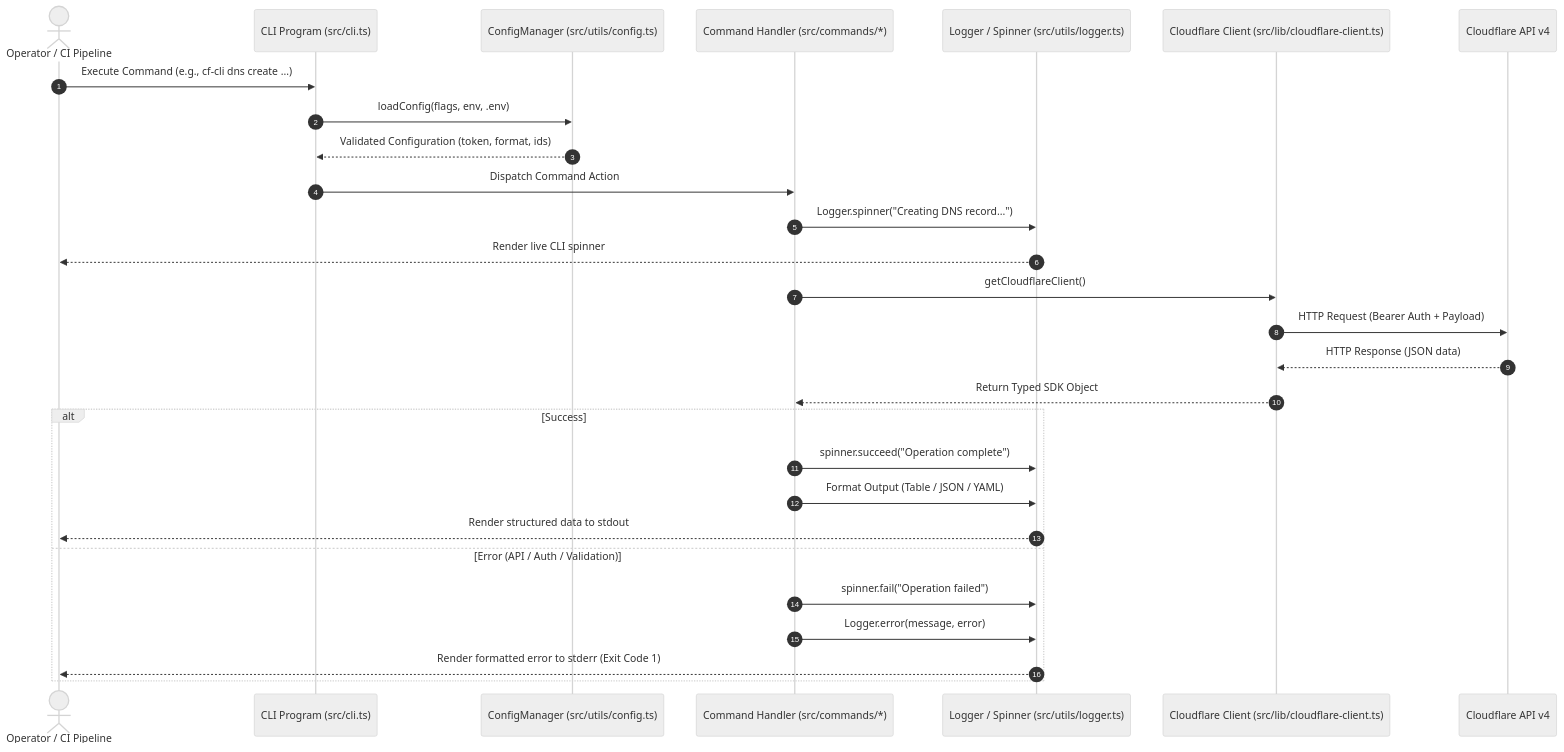
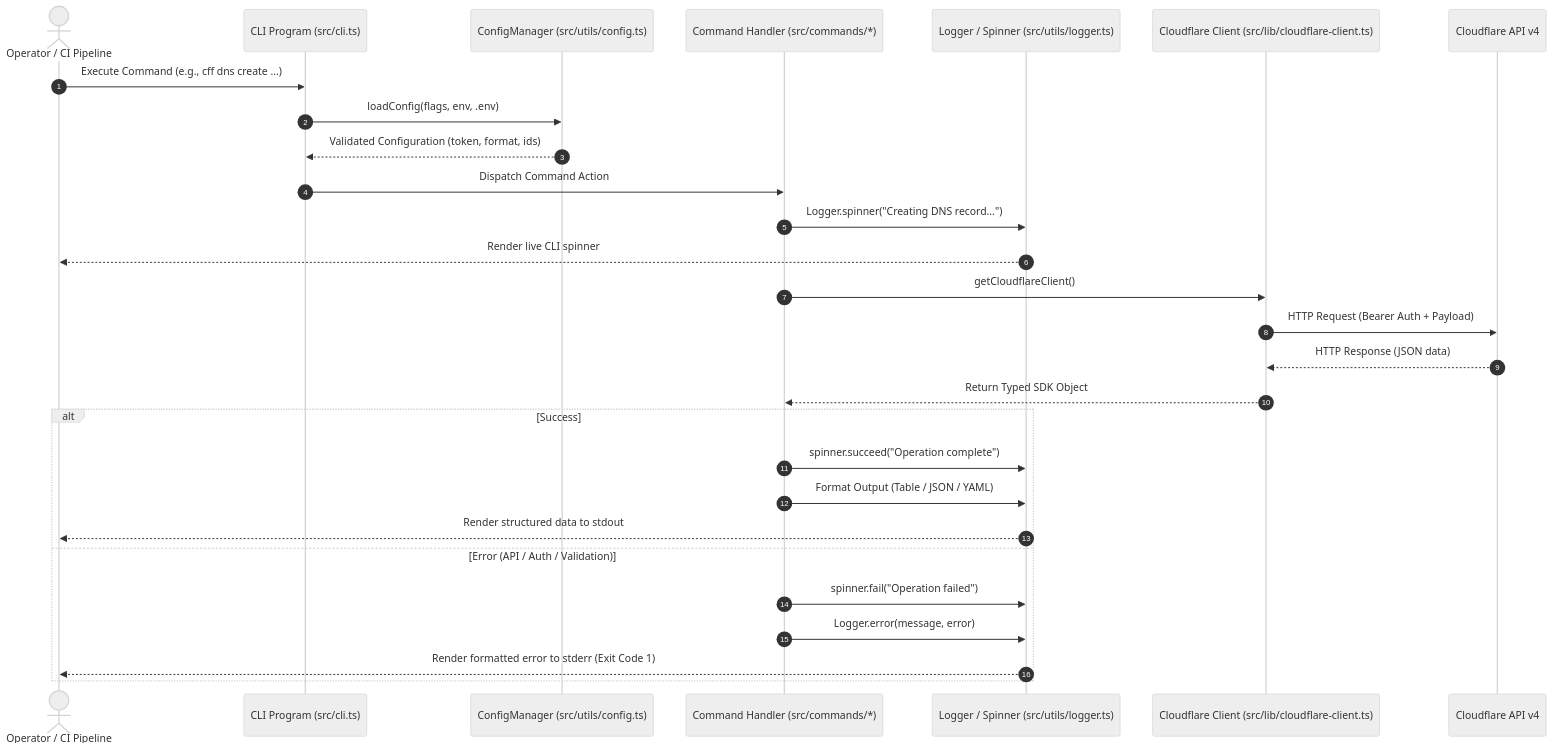
Before and after one commit to vikaskumar171020/cloudflare-cli: the diagram in README.md, drawn with Mermaid (neutral theme). The commit also changed other lines of this file and 21 other files, not shown here.

Commit message:
refactor: rename CLI to cff, add auth permissions command, and direct --json flag

````diff
--- a/README.md
+++ b/README.md
@@ -37,34 +37,34 @@
 ```mermaid
 sequenceDiagram
     autonumber
     actor User as Operator / CI Pipeline
     participant CLI as CLI Program (src/cli.ts)
     participant Config as ConfigManager (src/utils/config.ts)
     participant Handler as Command Handler (src/commands/*)
     participant Logger as Logger / Spinner (src/utils/logger.ts)
     participant SDK as Cloudflare Client (src/lib/cloudflare-client.ts)
     participant CF as Cloudflare API v4
 
-    User->>CLI: Execute Command (e.g., cf-cli dns create ...)
+    User->>CLI: Execute Command (e.g., cff dns create ...)
     CLI->>Config: loadConfig(flags, env, .env)
     Config-->>CLI: Validated Configuration (token, format, ids)
 
     CLI->>Handler: Dispatch Command Action
     Handler->>Logger: Logger.spinner("Creating DNS record...")
     Logger-->>User: Render live CLI spinner
 
     Handler->>SDK: getCloudflareClient()
     SDK->>CF: HTTP Request (Bearer Auth + Payload)
     CF-->>SDK: HTTP Response (JSON data)
     SDK-->>Handler: Return Typed SDK Object
 
     alt Success
         Handler->>Logger: spinner.succeed("Operation complete")
         Handler->>Logger: Format Output (Table / JSON / YAML)
         Logger-->>User: Render structured data to stdout
     else Error (API / Auth / Validation)
         Handler->>Logger: spinner.fail("Operation failed")
         Handler->>Logger: Logger.error(message, error)
         Logger-->>User: Render formatted error to stderr (Exit Code 1)
     end
 ```
````
